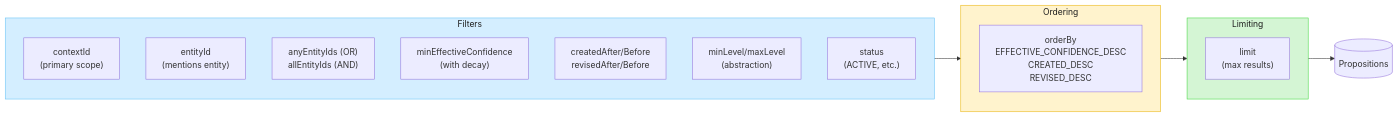
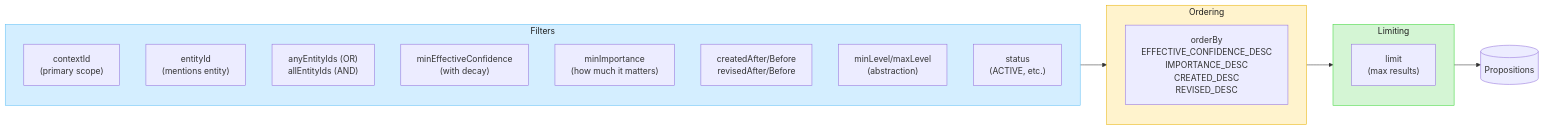
One commit to embabel/dice changed the tenth of 14 diagrams in README.md. Above: the diagram before and after it, drawn with Mermaid. The commit also changed other lines of this file, not shown here.

````diff
--- a/README.md
+++ b/README.md
@@ -1083,26 +1083,27 @@
 ```mermaid
 flowchart LR
     subgraph Filters["Filters"]
         CTX["contextId<br/>(primary scope)"]
         ENT["entityId<br/>(mentions entity)"]
         MENT["anyEntityIds (OR)<br/>allEntityIds (AND)"]
         CONF["minEffectiveConfidence<br/>(with decay)"]
+        IMP["minImportance<br/>(how much it matters)"]
         TIME["createdAfter/Before<br/>revisedAfter/Before"]
         LVL["minLevel/maxLevel<br/>(abstraction)"]
         STAT["status<br/>(ACTIVE, etc.)"]
     end
 
     subgraph Order["Ordering"]
-        ORD["orderBy<br/>EFFECTIVE_CONFIDENCE_DESC<br/>CREATED_DESC<br/>REVISED_DESC"]
+        ORD["orderBy<br/>EFFECTIVE_CONFIDENCE_DESC<br/>IMPORTANCE_DESC<br/>CREATED_DESC<br/>REVISED_DESC"]
     end
 
     subgraph Limit["Limiting"]
         LIM["limit<br/>(max results)"]
     end
 
     Filters --> Order --> Limit --> Results[("Propositions")]
 
     style Filters fill:#d4eeff,stroke:#63c0f5,color:#1e1e1e
     style Order fill:#fff3cd,stroke:#e9b306,color:#1e1e1e
     style Limit fill:#d4f5d4,stroke:#3fd73c,color:#1e1e1e
 ```
````
